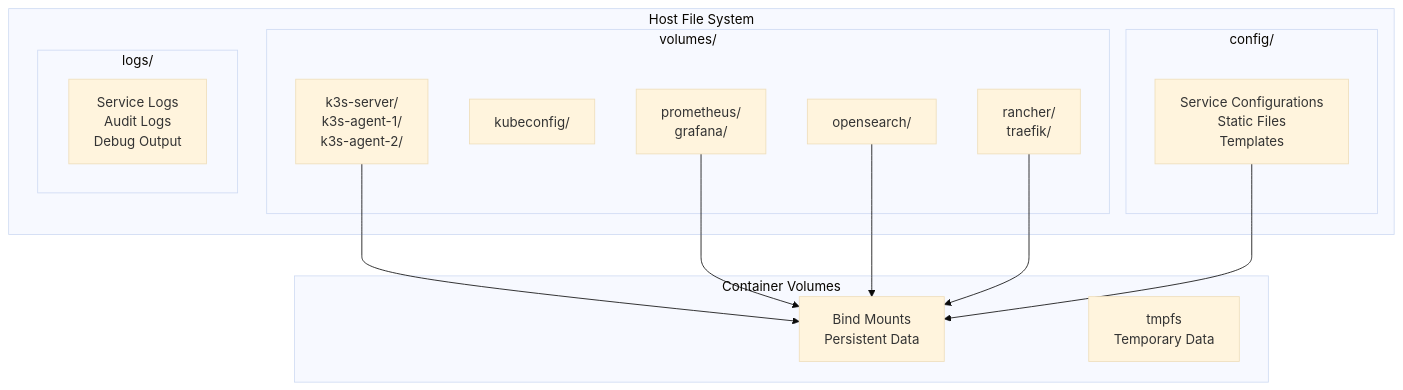
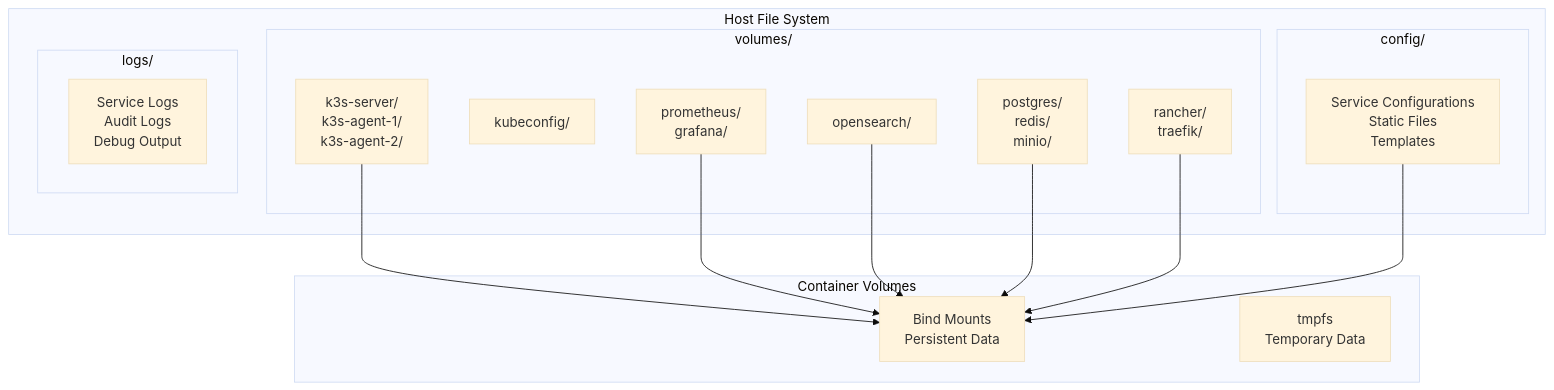
The sixth of 11 diagrams in docs/architecture/README.md (MUN1Z/k3s-dev-environment), drawn with Mermaid (base theme) before and after one commit. The commit also changed other lines of this file and 1 other file, not shown here.

First line of the commit message:
docs: Update architecture and getting-started documentation

````diff
--- a/docs/architecture/README.md
+++ b/docs/architecture/README.md
@@ -241,31 +247,33 @@
 ```mermaid
 graph TB
     subgraph "Host File System"
         subgraph "volumes/"
             K3S_DATA[k3s-server/<br/>k3s-agent-1/<br/>k3s-agent-2/]
             KUBECONFIG[kubeconfig/]
             MONITORING_DATA[prometheus/<br/>grafana/]
             LOGGING_DATA[opensearch/]
+            DATA_SERVICES[postgres/<br/>redis/<br/>minio/]
             INFRA_DATA[rancher/<br/>traefik/]
         end
         
         subgraph "config/"
             CONFIGS[Service Configurations<br/>Static Files<br/>Templates]
         end
         
         subgraph "logs/"
             LOG_FILES[Service Logs<br/>Audit Logs<br/>Debug Output]
         end
     end
     
     subgraph "Container Volumes"
         BIND_MOUNTS[Bind Mounts<br/>Persistent Data]
         TMPFS[tmpfs<br/>Temporary Data]
     end
     
     K3S_DATA --> BIND_MOUNTS
     MONITORING_DATA --> BIND_MOUNTS
     LOGGING_DATA --> BIND_MOUNTS
+    DATA_SERVICES --> BIND_MOUNTS
     INFRA_DATA --> BIND_MOUNTS
     CONFIGS --> BIND_MOUNTS
 ```
````
